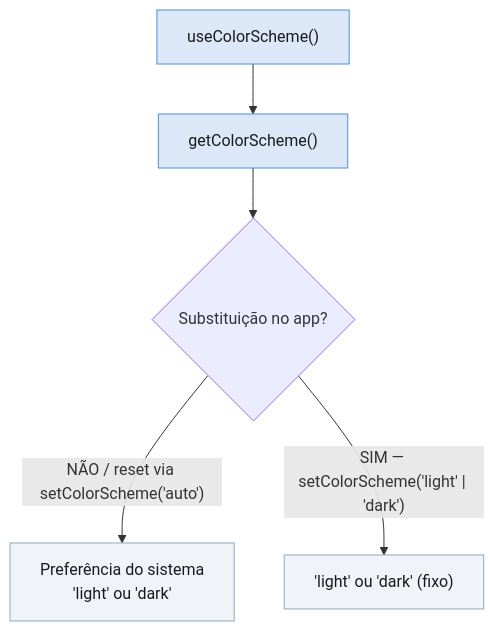
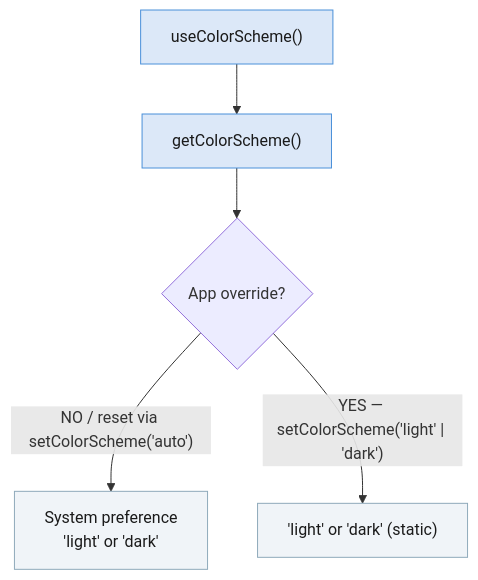
One commit to documentacao-dev/react-native-brasil-website changed the diagram in docs/appearance.md. Above: the diagram before and after it, drawn with Mermaid. The commit also changed 24 other files, not shown here.

````diff
--- a/docs/appearance.md
+++ b/docs/appearance.md
@@ -65,12 +65,12 @@
 ```mermaid
 flowchart TD
     USC["useColorScheme()"] --> GCS["getColorScheme()"]
-    GCS --> DEC{Substituição no app?}
-    DEC -- "NÃO / reset via setColorScheme('auto')" --> SYS["Preferência do sistema\n'light' ou 'dark'"]
-    DEC -- "SIM — setColorScheme('light' | 'dark')" --> OVR["'light' ou 'dark' (fixo)"]
+    GCS --> DEC{App override?}
+    DEC -- "NO / reset via setColorScheme('auto')" --> SYS["System preference\n'light' or 'dark'"]
+    DEC -- "YES — setColorScheme('light' | 'dark')" --> OVR["'light' or 'dark' (static)"]
 
     classDef fn fill:#dce8f8,stroke:#4a90d9,color:#1a1a1a
     classDef out fill:#f0f4f8,stroke:#8faabb,color:#1a1a1a
     class USC,GCS fn
     class OVR,SYS out
 ```
````
